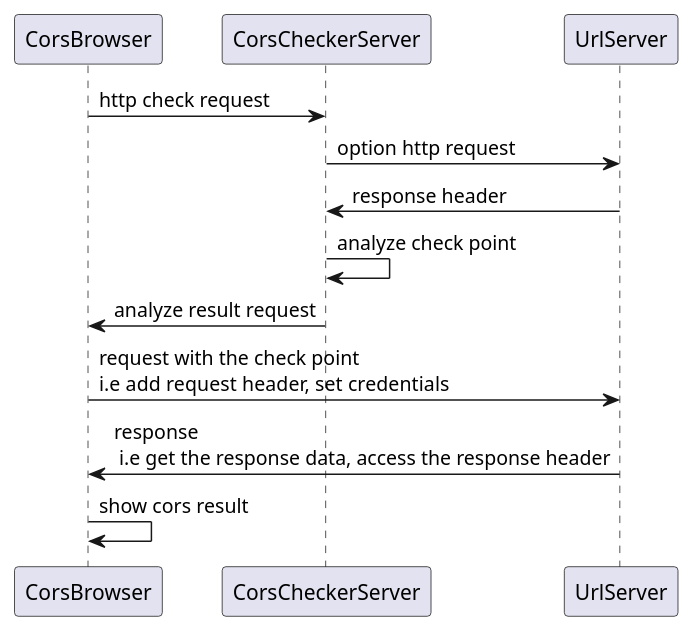
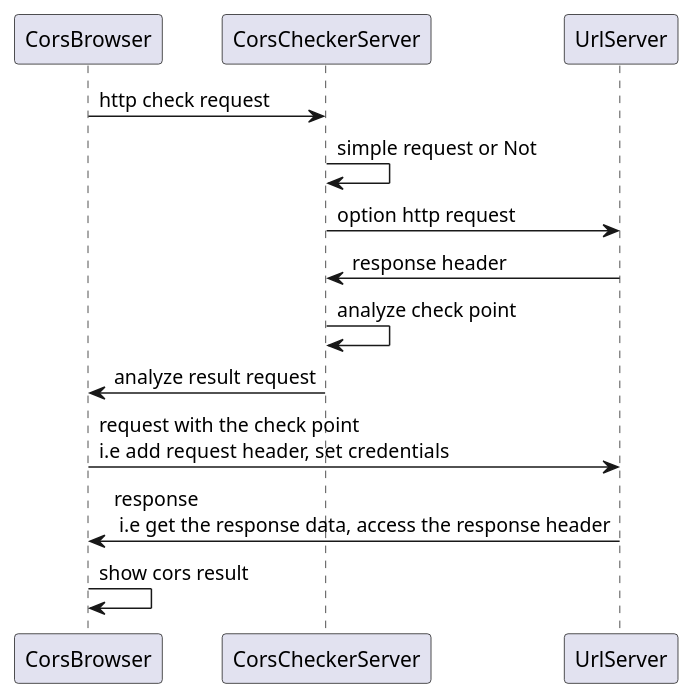
The diagram in chart.org (vanniuner/cross-origin-checker), drawn with PlantUML before and after one commit. The commit also changed other lines of this file and 22 other files, not shown here.

```diff
--- a/chart.org
+++ b/chart.org
@@ -2,10 +2,11 @@
 #+BEGIN_SRC plantuml :file ./image/time.png
 CorsBrowser       -> CorsCheckerServer  : http check request
+CorsCheckerServer -> CorsCheckerServer  : simple request or Not
 CorsCheckerServer -> UrlServer          : option http request
 UrlServer         -> CorsCheckerServer  : response header
 CorsCheckerServer -> CorsCheckerServer  : analyze check point
 CorsCheckerServer -> CorsBrowser        : analyze result request
 CorsBrowser       -> UrlServer          : request with the check point\ni.e add request header, set credentials
 UrlServer         -> CorsBrowser        : response\n i.e get the response data, access the response header
 CorsBrowser       -> CorsBrowser        : show cors result
 #+END_SRC
```
